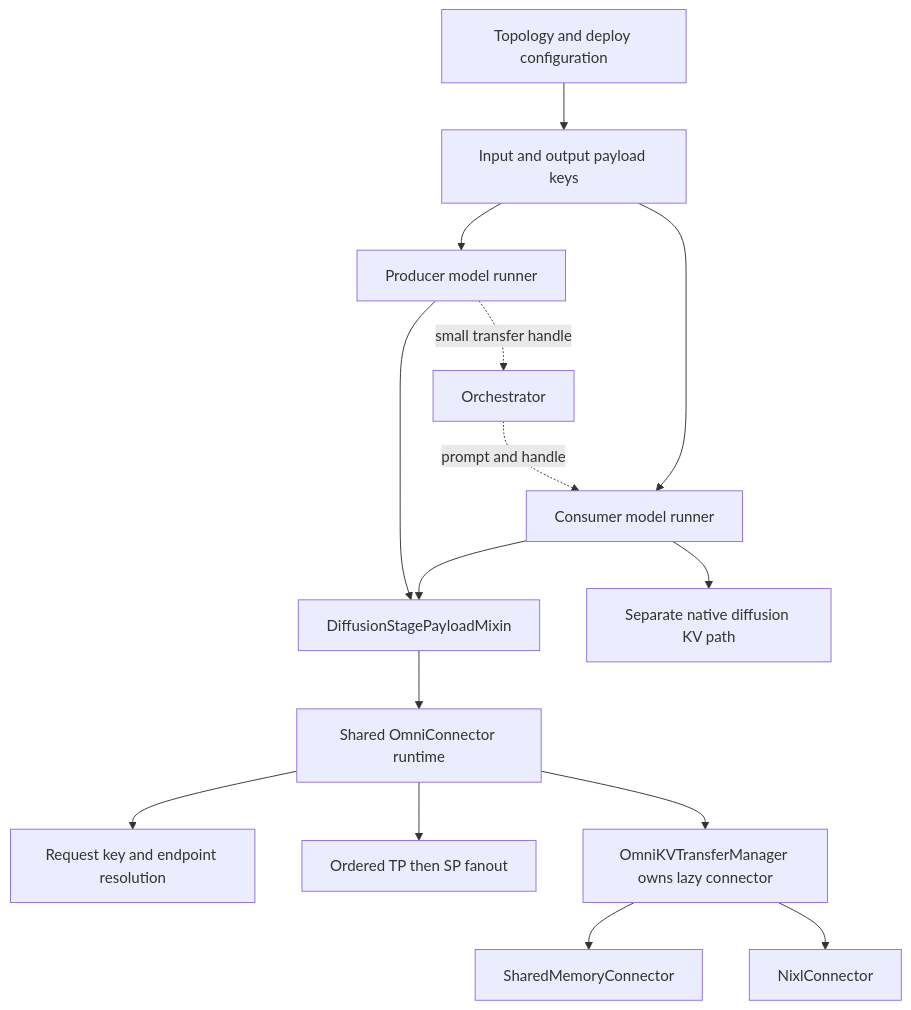
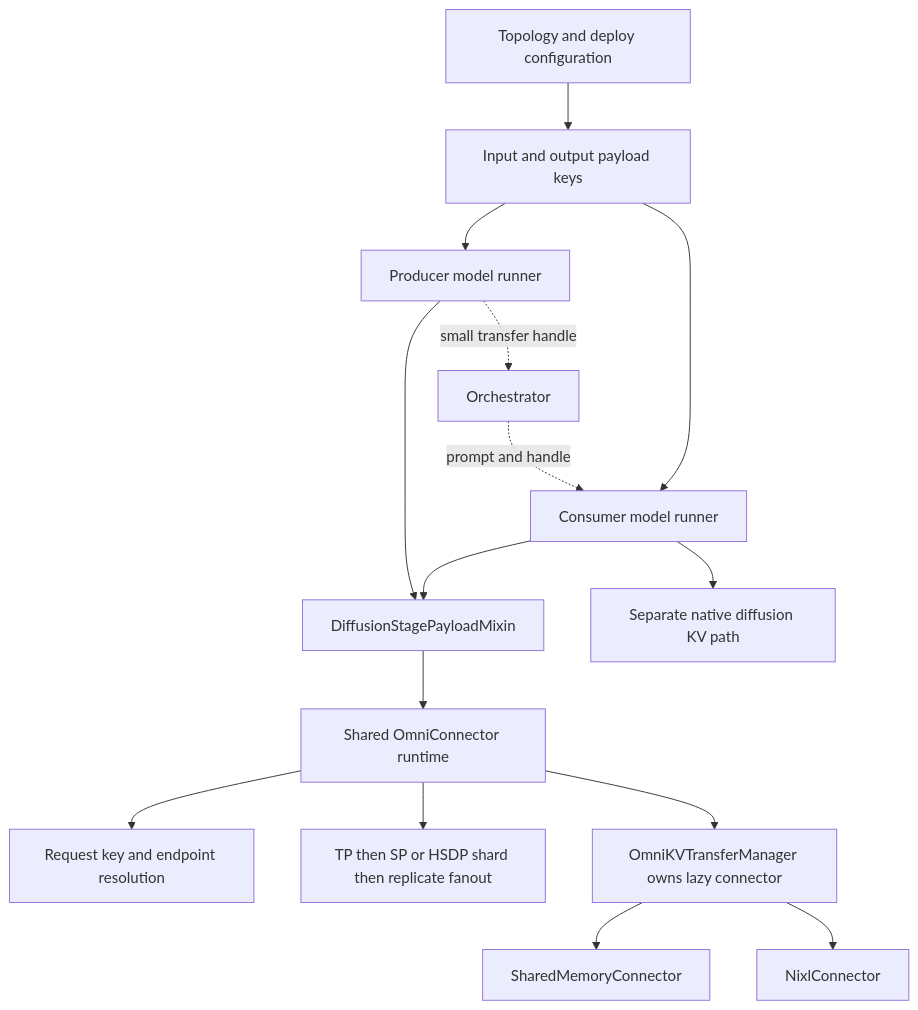
Before and after one commit to vllm-project/vllm-omni: the first of 4 diagrams in docs/design/feature/omni_connectors/stage_payload.md, drawn with Mermaid. The commit also changed other lines of this file and 2 other files, not shown here.

Commit message:
Fix HSDP stage payload fanout and clarify transport contracts

````diff
--- a/docs/design/feature/omni_connectors/stage_payload.md
+++ b/docs/design/feature/omni_connectors/stage_payload.md
@@ -10,17 +10,17 @@
 ```mermaid
 flowchart TB
     Config[Topology and deploy configuration] --> Keys[Input and output payload keys]
     Keys --> Producer[Producer model runner]
     Keys --> Consumer[Consumer model runner]
     Producer --> Adapter[DiffusionStagePayloadMixin]
     Consumer --> Adapter
     Adapter --> Runtime[Shared OmniConnector runtime]
     Runtime --> Descriptor[Request key and endpoint resolution]
-    Runtime --> Fanout[Ordered TP then SP fanout]
+    Runtime --> Fanout[TP then SP or HSDP shard then replicate fanout]
     Runtime --> Manager[OmniKVTransferManager owns lazy connector]
     Manager --> SHM[SharedMemoryConnector]
     Manager --> NIXL[NixlConnector]
     Producer -. small transfer handle .-> Orchestrator[Orchestrator]
     Orchestrator -. prompt and handle .-> Consumer
     Consumer --> NativeKV[Separate native diffusion KV path]
 ```
````
